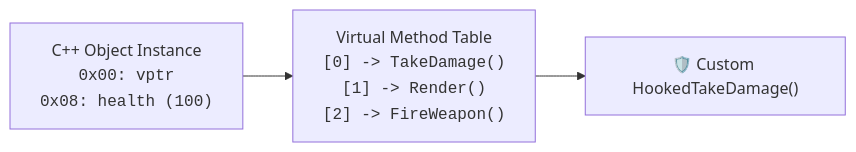
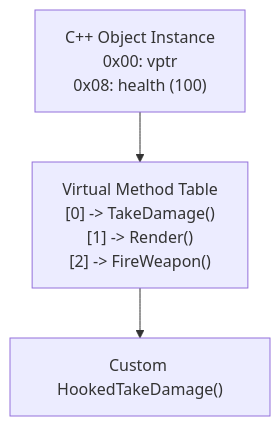
The sixth of 6 diagrams in topics/18-process-manipulation-and-hooking-mechanics/README.md (DaddyZyn/Cyber-security-notes), drawn with Mermaid before and after one commit. The commit also changed other lines of this file and 19 other files, not shown here.

Commit message:
fix: overhaul all Mermaid diagrams with clean vertical layouts and short line-wrapping to prevent GitHub clipping

````diff
--- a/topics/18-process-manipulation-and-hooking-mechanics/README.md
+++ b/topics/18-process-manipulation-and-hooking-mechanics/README.md
@@ -195,5 +186,5 @@
 ```mermaid
-flowchart LR
-    Obj["C++ Object Instance<br><code>0x00: vptr</code><br><code>0x08: health (100)</code>"] --> VTable["Virtual Method Table<br><code>[0] -> TakeDamage()</code><br><code>[1] -> Render()</code><br><code>[2] -> FireWeapon()</code>"]
-    VTable --> HookedFunc["🛡️ Custom HookedTakeDamage()"]
+flowchart TD
+    Obj["C++ Object Instance<br/>0x00: vptr<br/>0x08: health (100)"] --> VTable["Virtual Method Table<br/>[0] -> TakeDamage()<br/>[1] -> Render()<br/>[2] -> FireWeapon()"]
+    VTable --> Hook["Custom HookedTakeDamage()"]
 ```
````
